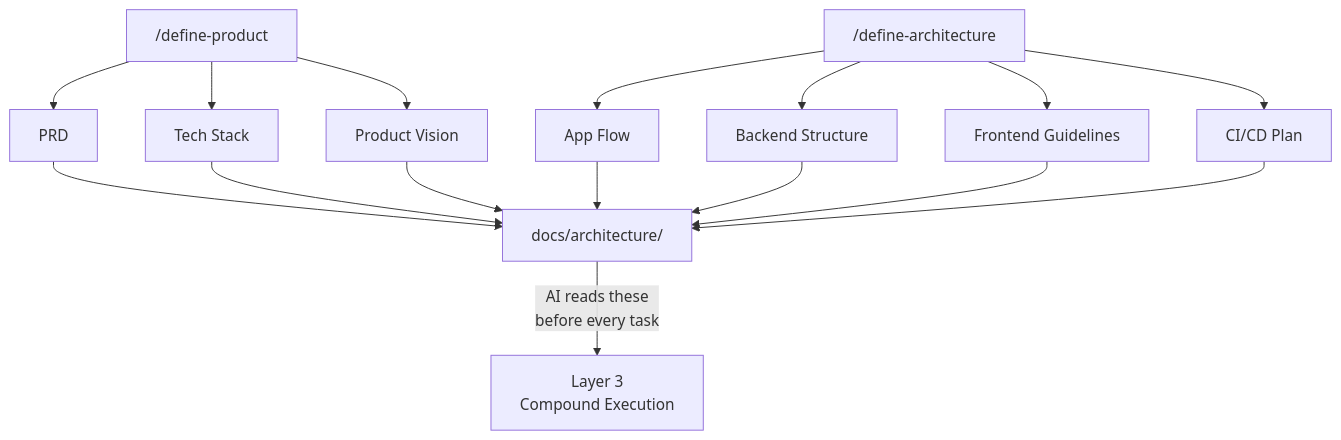
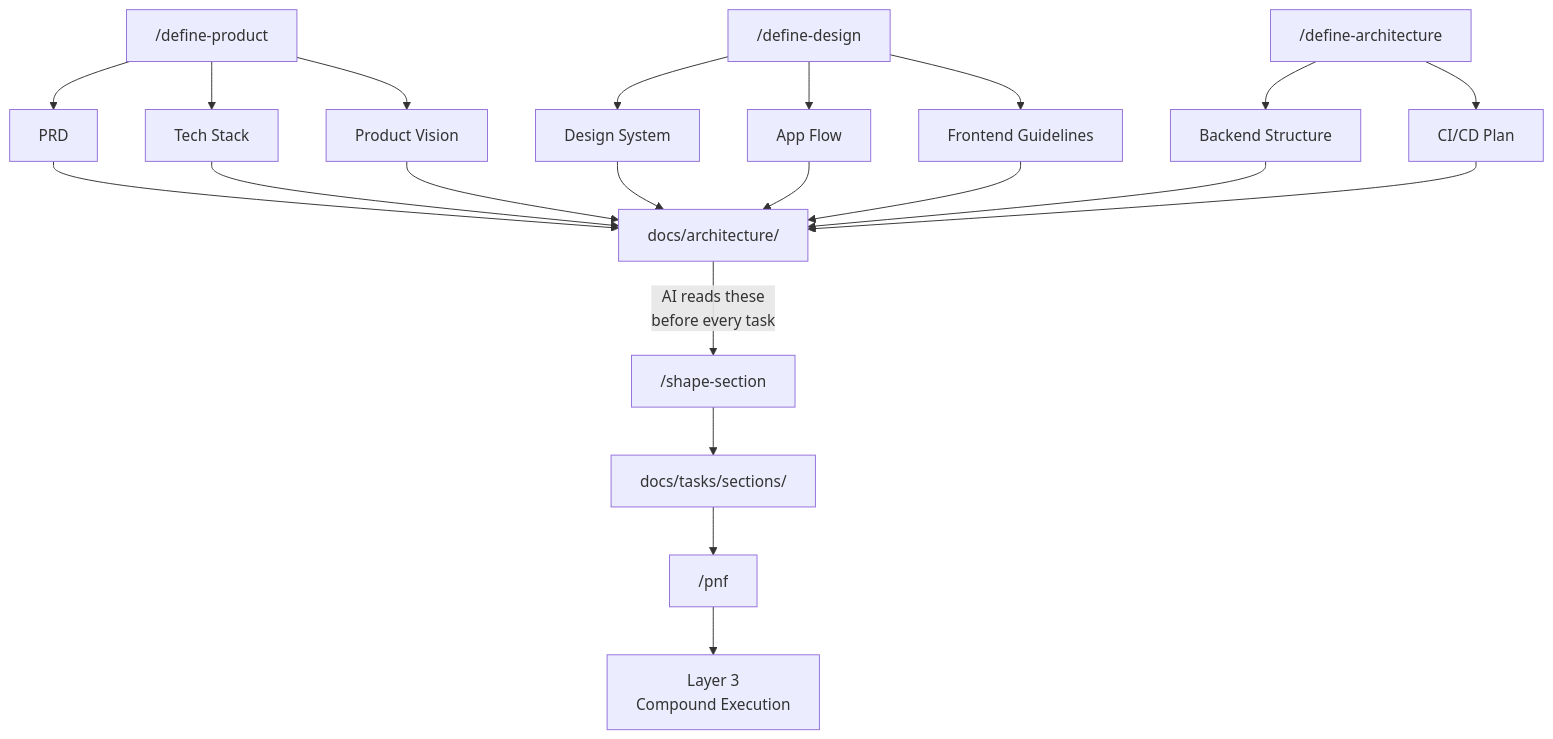
Before and after one commit to builtform/launchpad: the third of 8 diagrams in docs/guides/METHODOLOGY.md, drawn with Mermaid. The commit also changed other lines of this file and 25 other files, not shown here.

````diff
--- a/docs/guides/METHODOLOGY.md
+++ b/docs/guides/METHODOLOGY.md
@@ -231,34 +237,44 @@
 ```mermaid
 flowchart TD
     DP["/define-product"]
+    DD["/define-design"]
     DA["/define-architecture"]
 
     PRD["PRD"]
     TECH["Tech Stack"]
     VISION["Product Vision"]
+    DESIGN["Design System"]
     FLOW["App Flow"]
     BACKEND["Backend Structure"]
     FRONTEND["Frontend Guidelines"]
     CICD["CI/CD Plan"]
 
     ARCH["docs/architecture/"]
+    SS["/shape-section"]
+    SECTIONS["docs/tasks/sections/"]
+    PNF["/pnf"]
     L3["Layer 3\nCompound Execution"]
 
     DP --> PRD
     DP --> TECH
     DP --> VISION
-    DA --> FLOW
+    DD --> DESIGN
+    DD --> FLOW
+    DD --> FRONTEND
     DA --> BACKEND
-    DA --> FRONTEND
     DA --> CICD
 
     PRD --> ARCH
     TECH --> ARCH
     VISION --> ARCH
+    DESIGN --> ARCH
     FLOW --> ARCH
     BACKEND --> ARCH
     FRONTEND --> ARCH
     CICD --> ARCH
 
-    ARCH -->|"AI reads these\nbefore every task"| L3
+    ARCH -->|"AI reads these\nbefore every task"| SS
+    SS --> SECTIONS
+    SECTIONS --> PNF
+    PNF --> L3
 ```
````
